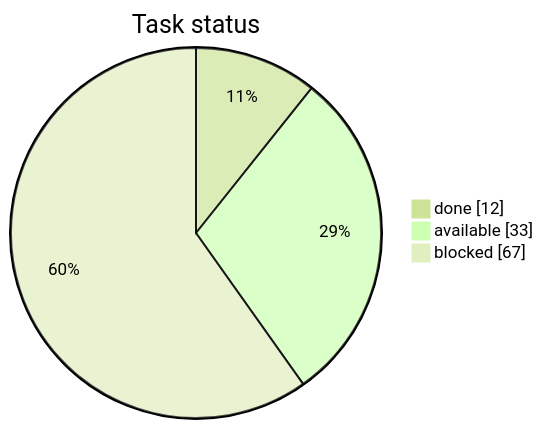
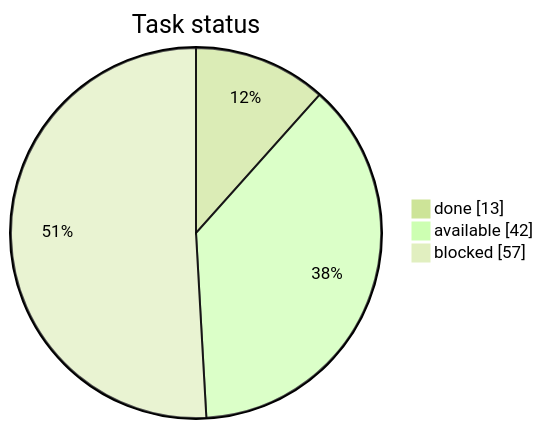
Before and after one commit to artemiiShabanov/RallyRivals: the first of 3 diagrams in STATUS.md, drawn with Mermaid (forest theme). The commit also changed other lines of this file and 14 other files, not shown here.

````diff
--- a/STATUS.md
+++ b/STATUS.md
@@ -7,7 +7,7 @@
 ```mermaid
 pie showData
     title Task status
-    "done" : 12
-    "available" : 33
-    "blocked" : 67
+    "done" : 13
+    "available" : 42
+    "blocked" : 57
 ```
````
